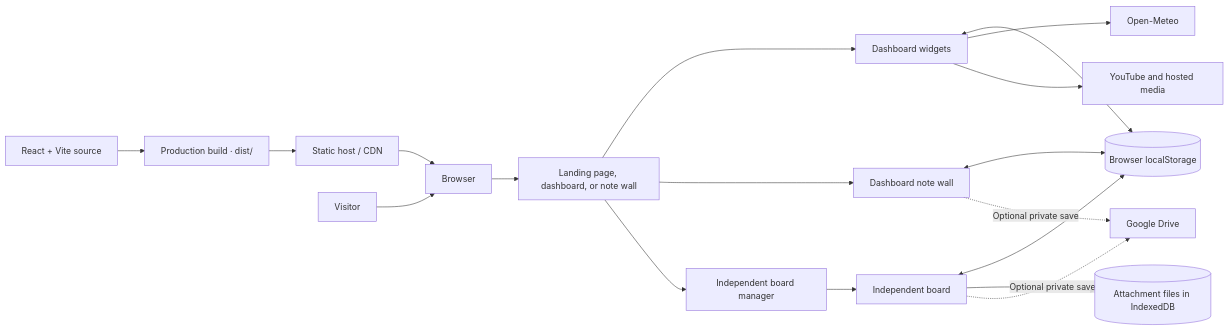
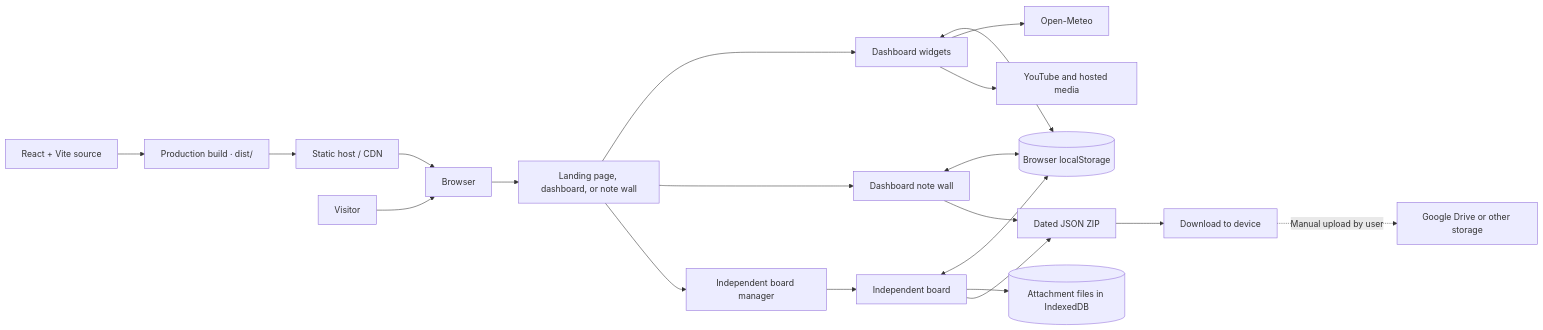
The diagram in README.md (Ryson-Theo/Kazedesk), drawn with Mermaid before and after one commit. The commit also changed other lines of this file and 30 other files, not shown here.

Commit message:
Add dashboard and board backup flows

````diff
--- a/README.md
+++ b/README.md
@@ -46,20 +46,22 @@
 ```mermaid
 flowchart LR
     Source["React + Vite source"] --> Build["Production build · dist/"]
     Build --> Host["Static host / CDN"]
     Visitor --> Browser
     Host --> Browser
     Browser --> Routes["Landing page, dashboard, or note wall"]
     Routes --> Widgets["Dashboard widgets"]
     Routes --> Wall["Dashboard note wall"]
     Routes --> BoardManager["Independent board manager"]
     BoardManager --> Board["Independent board"]
     Widgets <--> LocalStorage[(Browser localStorage)]
     Wall <--> LocalStorage
     Board <--> LocalStorage
     Board --> IndexedDB[(Attachment files in IndexedDB)]
     Widgets --> Weather["Open-Meteo"]
     Widgets --> Media["YouTube and hosted media"]
-    Wall -. Optional private save .-> Drive["Google Drive"]
-    Board -. Optional private save .-> Drive
+    Wall --> Backup["Dated JSON ZIP"]
+    Board --> Backup
+    Backup --> Download["Download to device"]
+    Download -. Manual upload by user .-> Drive["Google Drive or other storage"]
 ```
````
